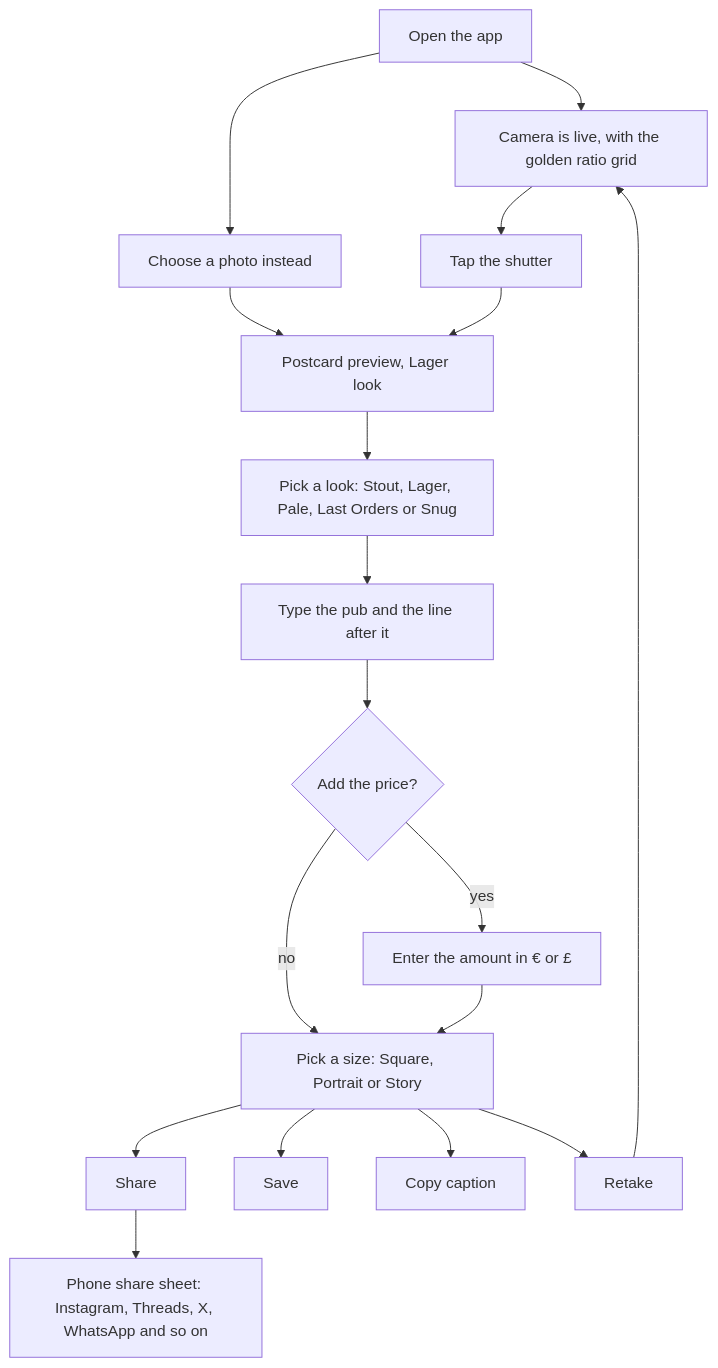
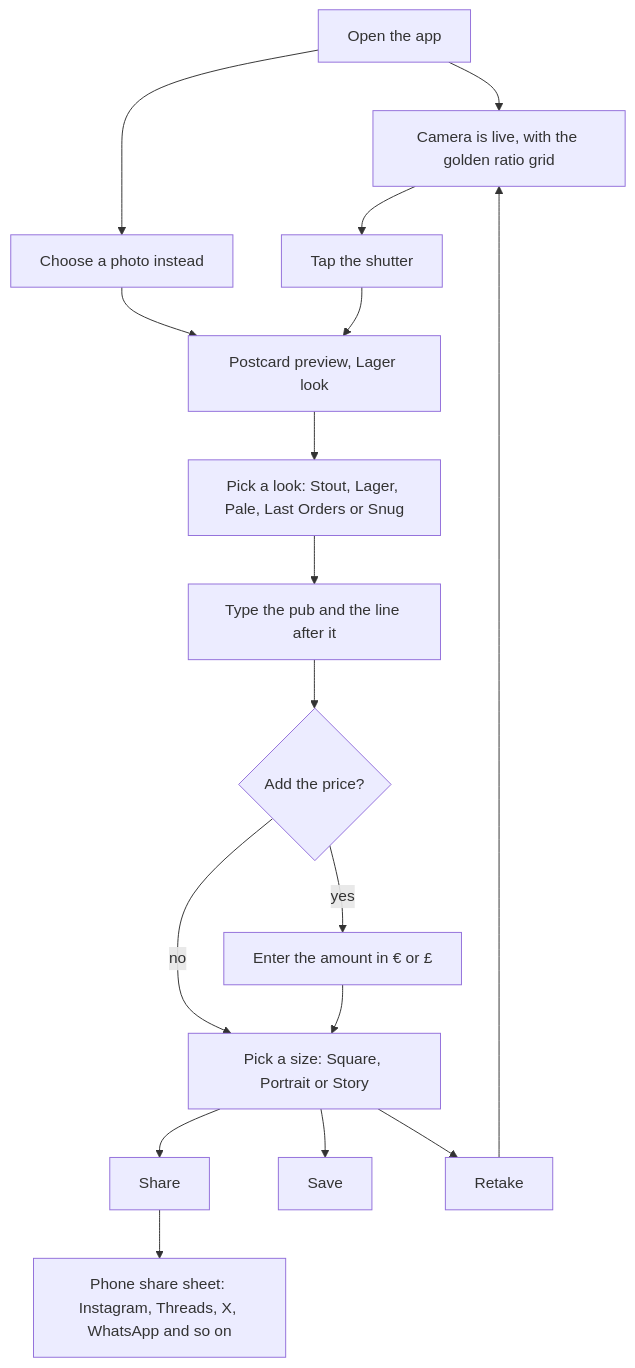
One commit to colmjackson/my-repository changed the diagram in wish-you-were-beer/launch/WORKFLOW.md. Above: the diagram before and after it, drawn with Mermaid. The commit also changed other lines of this file and 27 other files, not shown here.

````diff
--- a/wish-you-were-beer/launch/WORKFLOW.md
+++ b/wish-you-were-beer/launch/WORKFLOW.md
@@ -5,20 +5,19 @@
 ```mermaid
 flowchart TD
   A["Open the app"] --> B["Camera is live, with the golden ratio grid"]
   A --> C["Choose a photo instead"]
   B --> D["Tap the shutter"]
   C --> E["Postcard preview, Lager look"]
   D --> E
   E --> F["Pick a look: Stout, Lager, Pale, Last Orders or Snug"]
   F --> G["Type the pub and the line after it"]
   G --> H{"Add the price?"}
   H -- yes --> I["Enter the amount in € or £"]
   H -- no --> J["Pick a size: Square, Portrait or Story"]
   I --> J
   J --> K["Share"]
   J --> L["Save"]
-  J --> M["Copy caption"]
   J --> N["Retake"]
   K --> O["Phone share sheet: Instagram, Threads, X, WhatsApp and so on"]
   N --> B
 ```
````
